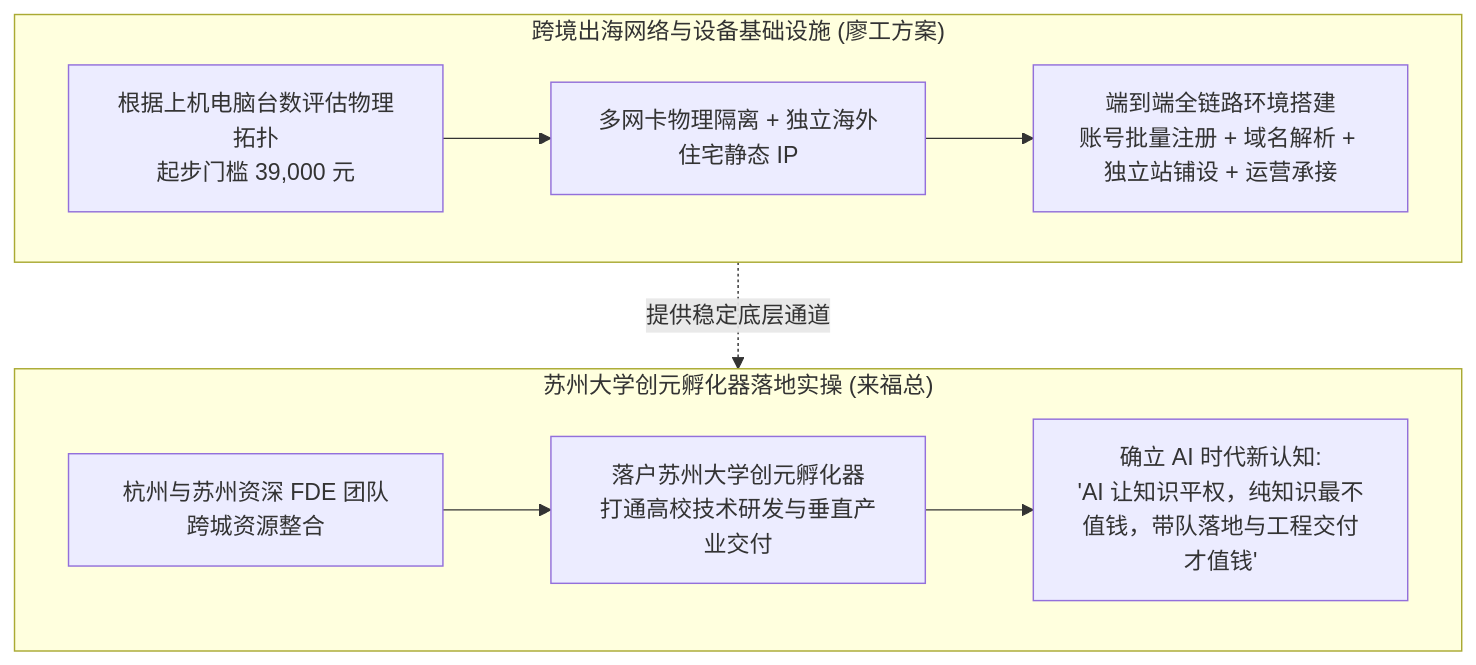
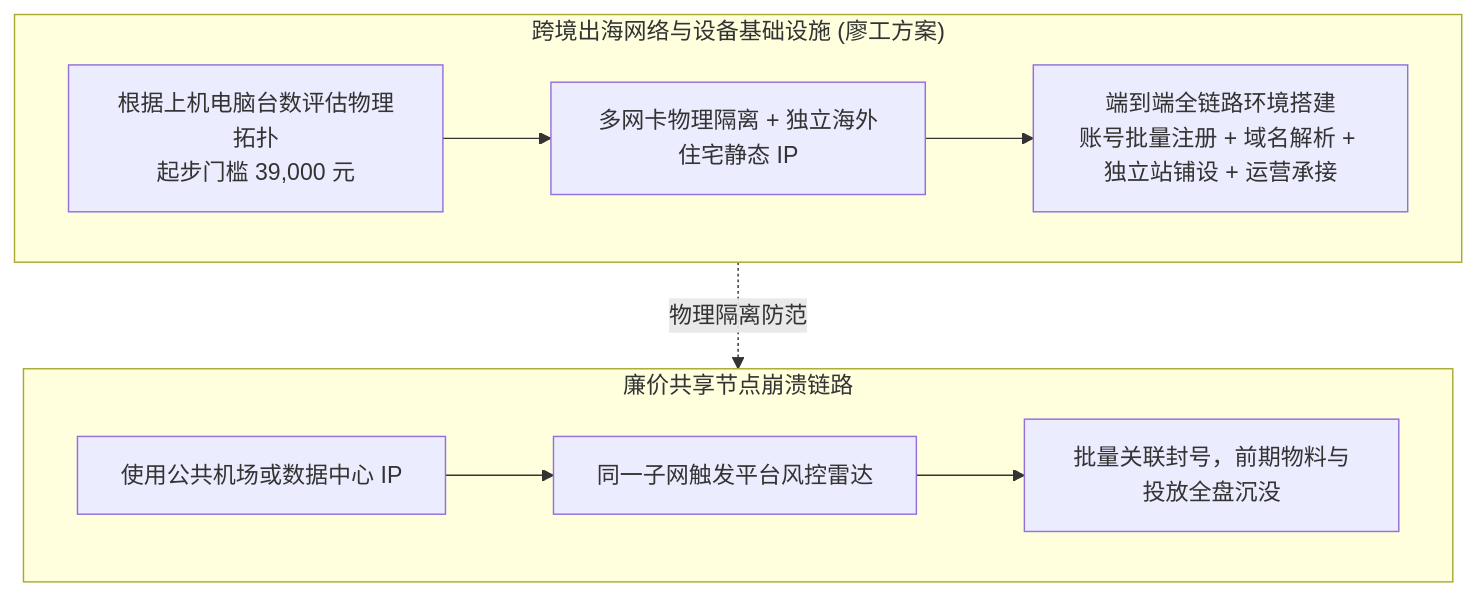
Before and after one commit to dollarser/knowledge: the second of 16 diagrams in content/live-20261102-01.md, drawn with Mermaid. The commit also changed other lines of this file and 1 other file, not shown here.

````diff
--- a/content/live-20261102-01.md
+++ b/content/live-20261102-01.md
@@ -36,18 +46,16 @@
 ```mermaid
 flowchart TD
     subgraph NetSetup["跨境出海网络与设备基础设施 (廖工方案)"]
         N1["根据上机电脑台数评估物理拓扑<br/>起步门槛 39,000 元"]
         N2["多网卡物理隔离 + 独立海外住宅静态 IP"]
         N3["端到端全链路环境搭建<br/>账号批量注册 + 域名解析 + 独立站铺设 + 运营承接"]
         N1 --> N2 --> N3
     end
 
-    subgraph Incubation["苏州大学创元孵化器落地实操 (来福总)"]
-        I1["杭州与苏州资深 FDE 团队跨城资源整合"]
-        I2["落户苏州大学创元孵化器<br/>打通高校技术研发与垂直产业交付"]
-        I3["确立 AI 时代新认知:<br/>'AI 让知识平权，纯知识最不值钱，带队落地与工程交付才值钱'"]
-        I1 --> I2 --> I3
+    subgraph Failure["廉价共享节点崩溃链路"]
+        F1["使用公共机场或数据中心 IP"] --> F2["同一子网触发平台风控雷达"]
+        F2 --> F3["批量关联封号，前期物料与投放全盘沉没"]
     end
 
-    NetSetup -.->|提供稳定底层通道| Incubation
+    NetSetup -.->|物理隔离防范| Failure
 ```
````
